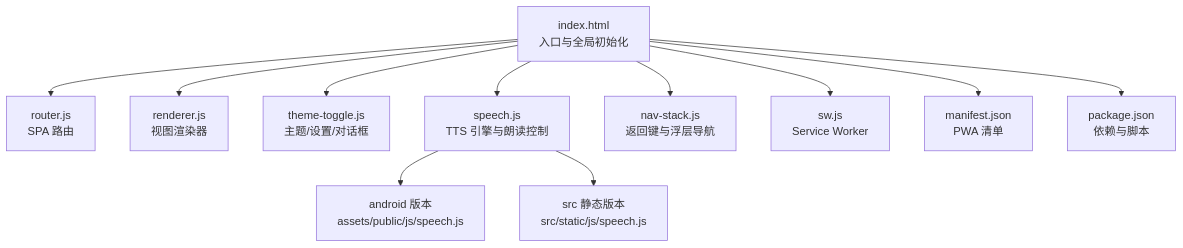
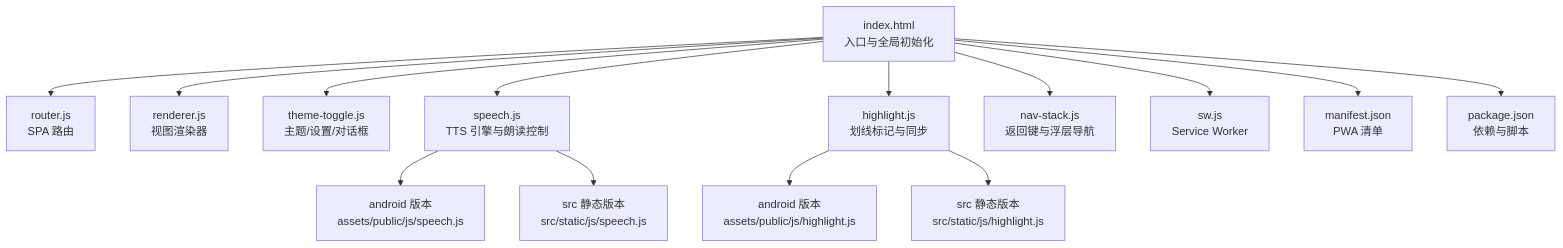
Before and after one commit to zhao-zg/cx: the first of 10 diagrams in .qoder/repowiki/zh/content/高级功能/前端功能.md, drawn with Mermaid. The commit also changed other lines of this file and 48 other files, not shown here.

````diff
--- a/.qoder/repowiki/zh/content/高级功能/前端功能.md
+++ b/.qoder/repowiki/zh/content/高级功能/前端功能.md
@@ -48,13 +53,16 @@
 ```mermaid
 graph TB
 A["index.html<br/>入口与全局初始化"] --> B["router.js<br/>SPA 路由"]
 A --> C["renderer.js<br/>视图渲染器"]
 A --> D["theme-toggle.js<br/>主题/设置/对话框"]
 A --> E["speech.js<br/>TTS 引擎与朗读控制"]
-A --> F["nav-stack.js<br/>返回键与浮层导航"]
-A --> G["sw.js<br/>Service Worker"]
-A --> H["manifest.json<br/>PWA 清单"]
-A --> I["package.json<br/>依赖与脚本"]
-E --> J["android 版本<br/>assets/public/js/speech.js"]
-E --> K["src 静态版本<br/>src/static/js/speech.js"]
+A --> F["highlight.js<br/>划线标记与同步"]
+A --> G["nav-stack.js<br/>返回键与浮层导航"]
+A --> H["sw.js<br/>Service Worker"]
+A --> I["manifest.json<br/>PWA 清单"]
+A --> J["package.json<br/>依赖与脚本"]
+E --> K["android 版本<br/>assets/public/js/speech.js"]
+E --> L["src 静态版本<br/>src/static/js/speech.js"]
+F --> M["android 版本<br/>assets/public/js/highlight.js"]
+F --> N["src 静态版本<br/>src/static/js/highlight.js"]
 ```
````
